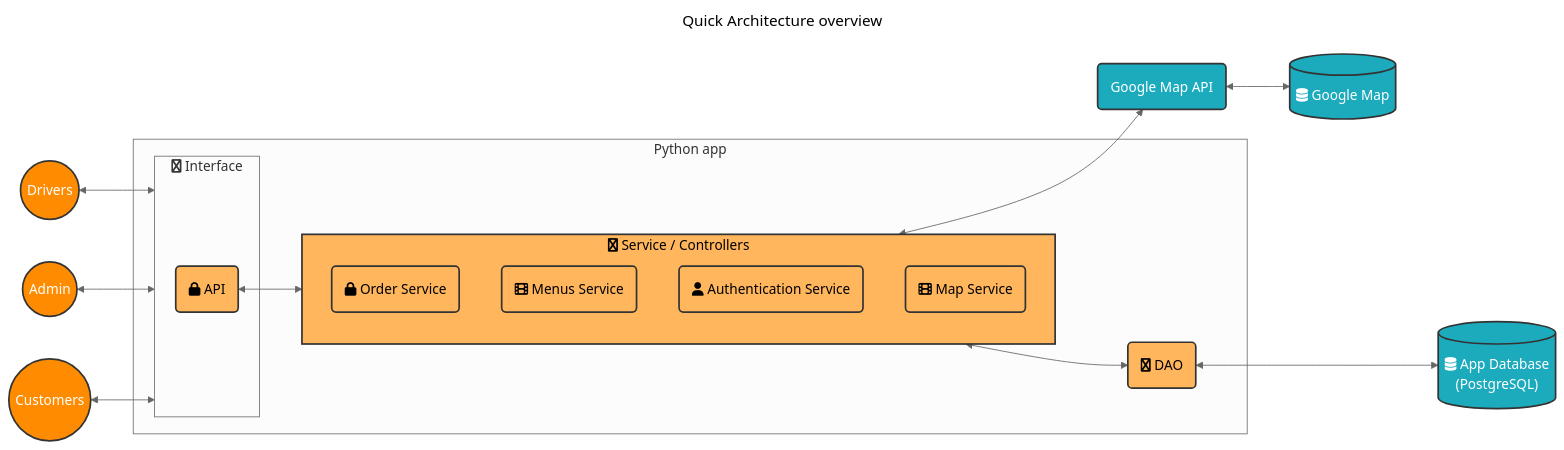
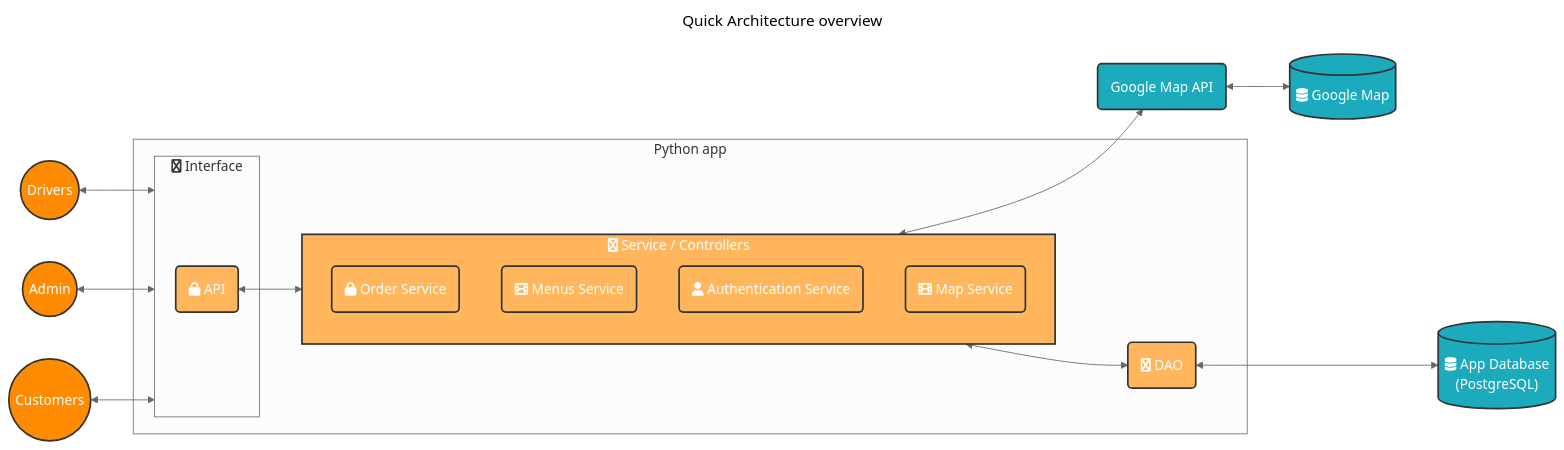
Before and after one commit to no0e/Projet2A_Ub-EJR-Eats: the diagram in Architecture diagram.md, drawn with Mermaid (neutral theme).

Commit message:
Update Architecture diagram.md

````diff
--- a/Architecture diagram.md
+++ b/Architecture diagram.md
@@ -2,45 +2,45 @@
 ```mermaid
 ---
 title: Quick Architecture overview
 ---
     graph LR
     USR1((Drivers))
     USR2((Admin))
     USR3((Customers))
     DB[("fa:fa-database App Database \n (PostgreSQL)" )]
     INT(fa:fa-python Interface Layer / \n WebService)
     DAO(fa:fa-python DAO)
     SVC(fa:fa-python Service / \n Controllers )
     MDB[(fa:fa-database Google Map)]
     MDBAPI(Google Map API)
 
     USR1 <--> INT
     USR2 <--> INT
     USR3 <--> INT
         subgraph Python app 
             API<-->SVC<-->DAO
             subgraph INT[fa:fa-python Interface ]
                 API(fa:fa-lock API)
             end
             subgraph SVC [fa:fa-python Service / Controllers]
                 ORD(fa:fa-lock Order Service)
                 MEN(fa:fa-film Menus Service)
                 AUT(fa:fa-user Authentication Service)
                 MAP(fa:fa-film Map Service)
             end
         end
 
     DAO<--->DB
     MDBAPI <--> MDB
     SVC <--> MDBAPI
 
   %% ==== Styles personnalisés ====
     classDef orange fill:#FF8C00,stroke:#333,stroke-width:2px,color:#fff;
-    classDef lightorange fill:#FFB65C,stroke:#333,stroke-width:2px,color:#000;
+    classDef lightorange fill:#FFB65C,stroke:#333,stroke-width:2px,color:#fff;
     classDef teal fill:#1CAABD,stroke:#333,stroke-width:2px,color:#fff;
 
     %% Attribution des couleurs
     class USR1,USR2,USR3 orange
     class DB,MDB,MDBAPI teal
     class API,DAO,SVC,ORD,MEN,AUT,MAP lightorange
 ```
````
